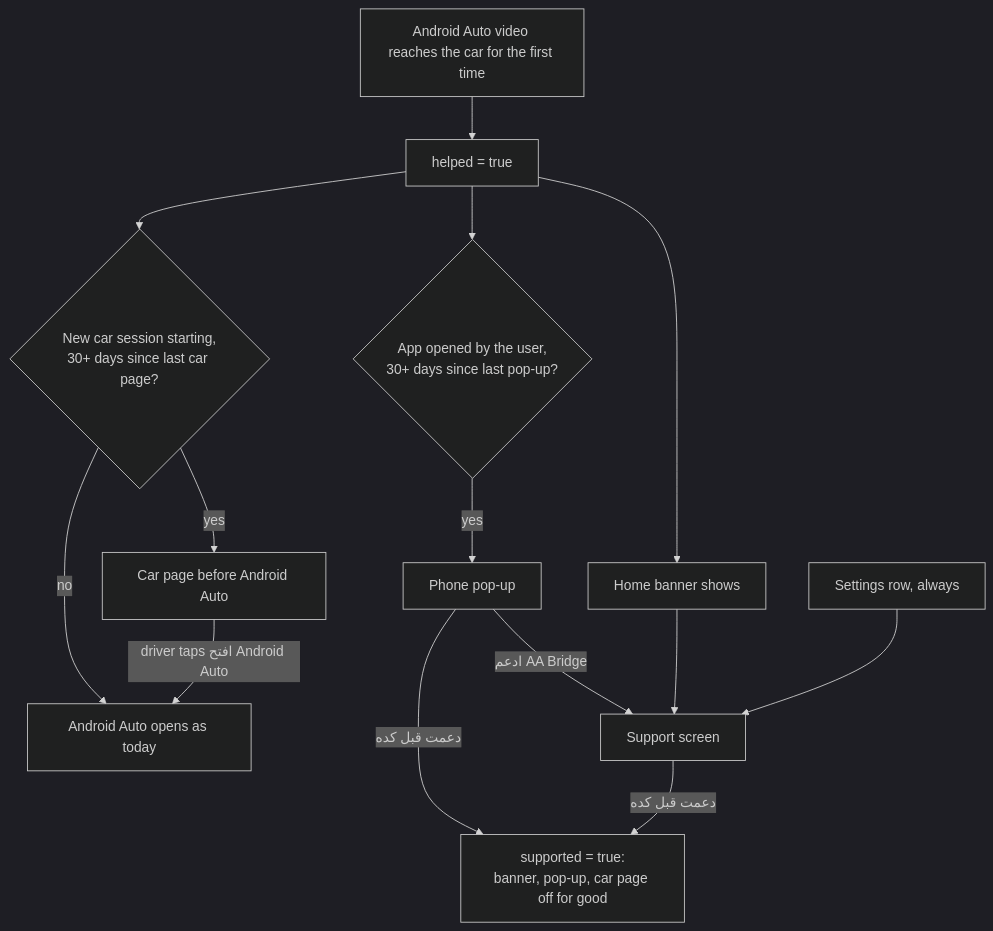
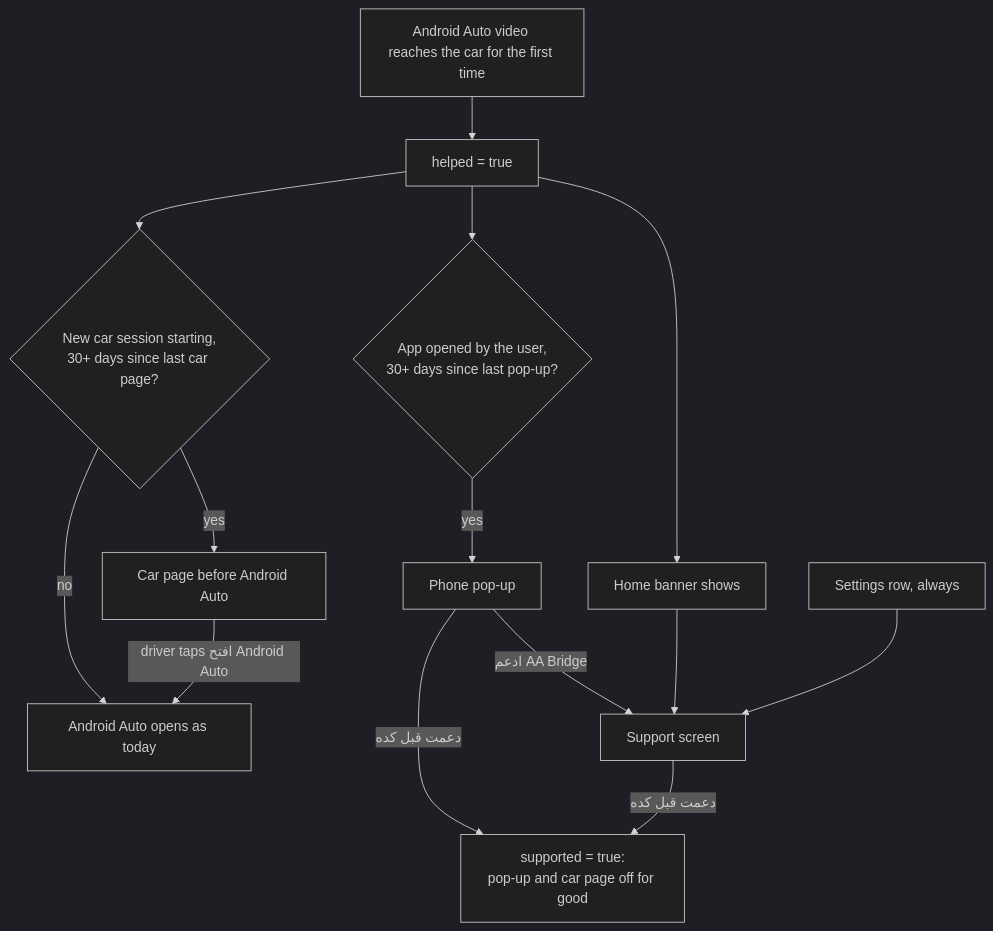
The diagram in docs/superpowers/specs/2026-11-24-support-ask-design.md (alimorgaan/AA-Bridge), drawn with Mermaid (dark theme) before and after one commit. The commit also changed other lines of this file, not shown here.

Commit message:
Update the support ask design: banner, amount line, branding, release files

````diff
--- a/docs/superpowers/specs/2026-11-24-support-ask-design.md
+++ b/docs/superpowers/specs/2026-11-24-support-ask-design.md
@@ -59,16 +59,16 @@
 ```mermaid
 flowchart TD
     A[Android Auto video reaches the car for the first time] --> H[helped = true]
     H --> B[Home banner shows]
     H --> P{App opened by the user,<br/>30+ days since last pop-up?}
     P -- yes --> PU[Phone pop-up]
     H --> C{New car session starting,<br/>30+ days since last car page?}
     C -- yes --> CP[Car page before Android Auto]
     C -- no --> AA[Android Auto opens as today]
     CP -- driver taps افتح Android Auto --> AA
     PU -- ادعم AA Bridge --> S[Support screen]
     B --> S
     R[Settings row, always] --> S
-    PU -- دعمت قبل كده --> X[supported = true:<br/>banner, pop-up, car page off for good]
+    PU -- دعمت قبل كده --> X[supported = true:<br/>pop-up and car page off for good]
     S -- دعمت قبل كده --> X
 ```
````
